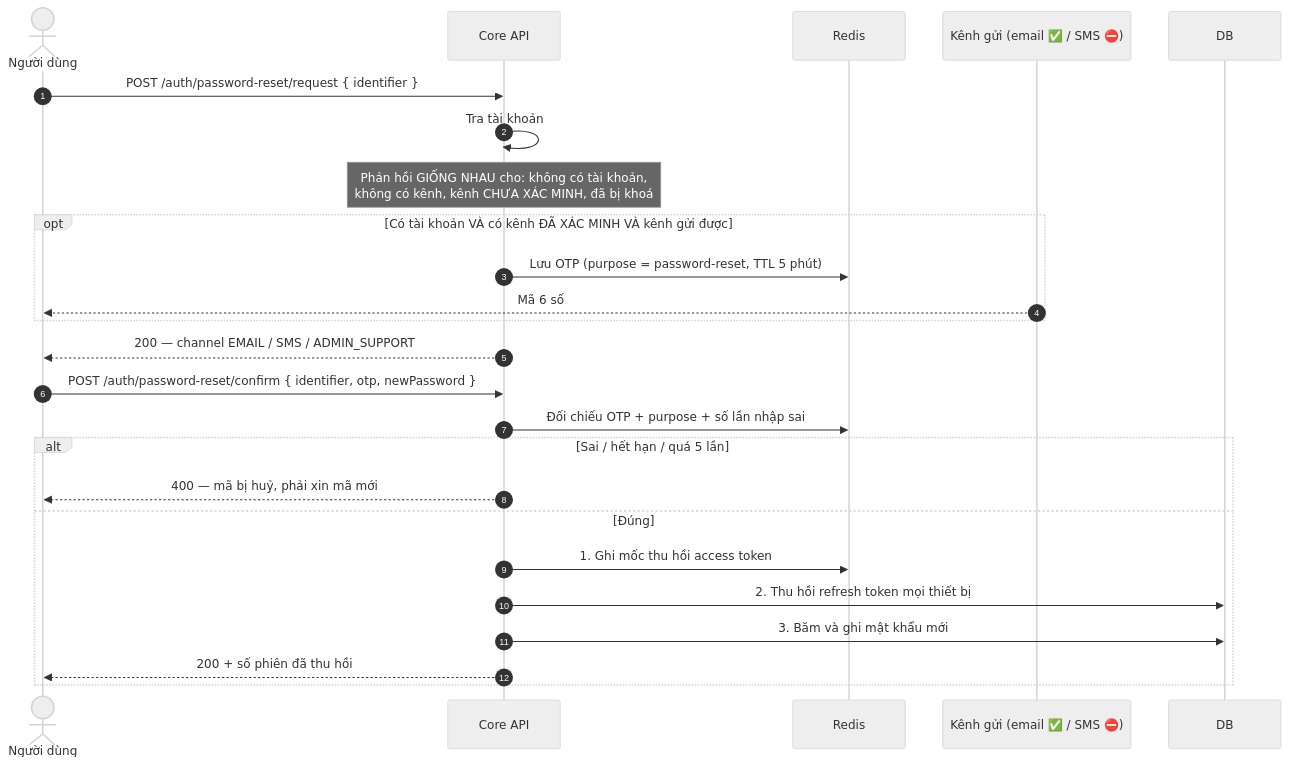
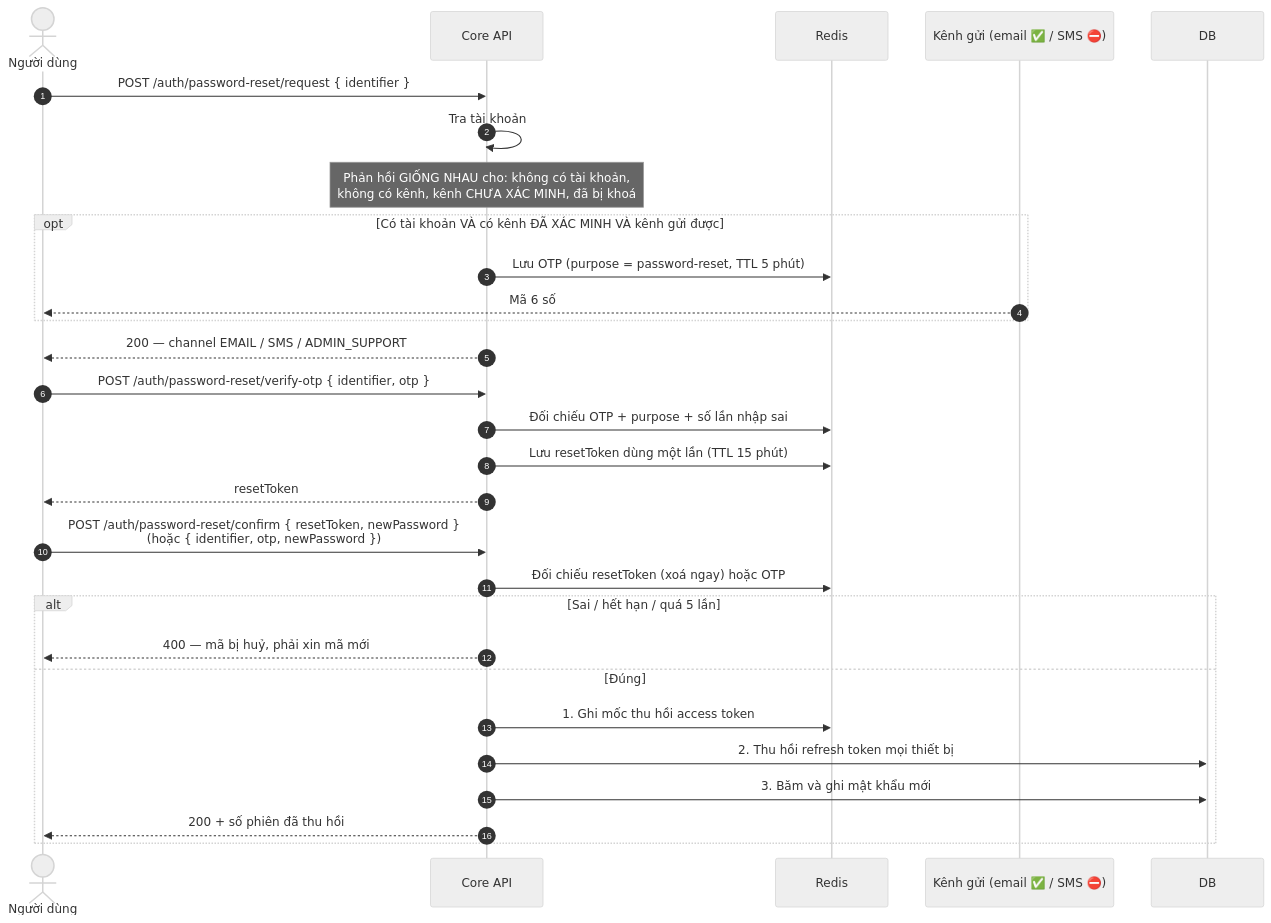
One commit to fdshn/trueheart changed the fifth of 6 diagrams in docs/diagram/01-auth.md. Above: the diagram before and after it, drawn with Mermaid (neutral theme). The commit also changed other lines of this file and 49 other files, not shown here.

First line of the commit message:
docs: đối chiếu toàn bộ tài liệu sống với code, sinh danh sách route tự động

````diff
--- a/docs/diagram/01-auth.md
+++ b/docs/diagram/01-auth.md
@@ -207,28 +208,33 @@
 ```mermaid
 sequenceDiagram
     autonumber
     actor U as Người dùng
     participant API as Core API
     participant R as Redis
     participant M as Kênh gửi (email ✅ / SMS ⛔)
 
     U->>API: POST /auth/password-reset/request { identifier }
     API->>API: Tra tài khoản
     Note over API: Phản hồi GIỐNG NHAU cho: không có tài khoản,<br/>không có kênh, kênh CHƯA XÁC MINH, đã bị khoá
     opt Có tài khoản VÀ có kênh ĐÃ XÁC MINH VÀ kênh gửi được
         API->>R: Lưu OTP (purpose = password-reset, TTL 5 phút)
         M-->>U: Mã 6 số
     end
     API-->>U: 200 — channel EMAIL / SMS / ADMIN_SUPPORT
 
-    U->>API: POST /auth/password-reset/confirm { identifier, otp, newPassword }
+    U->>API: POST /auth/password-reset/verify-otp { identifier, otp }
     API->>R: Đối chiếu OTP + purpose + số lần nhập sai
+    API->>R: Lưu resetToken dùng một lần (TTL 15 phút)
+    API-->>U: resetToken
+
+    U->>API: POST /auth/password-reset/confirm { resetToken, newPassword }<br/>(hoặc { identifier, otp, newPassword })
+    API->>R: Đối chiếu resetToken (xoá ngay) hoặc OTP
     alt Sai / hết hạn / quá 5 lần
         API-->>U: 400 — mã bị huỷ, phải xin mã mới
     else Đúng
         API->>R: 1. Ghi mốc thu hồi access token
         API->>DB: 2. Thu hồi refresh token mọi thiết bị
         API->>DB: 3. Băm và ghi mật khẩu mới
         API-->>U: 200 + số phiên đã thu hồi
     end
 ```
````
